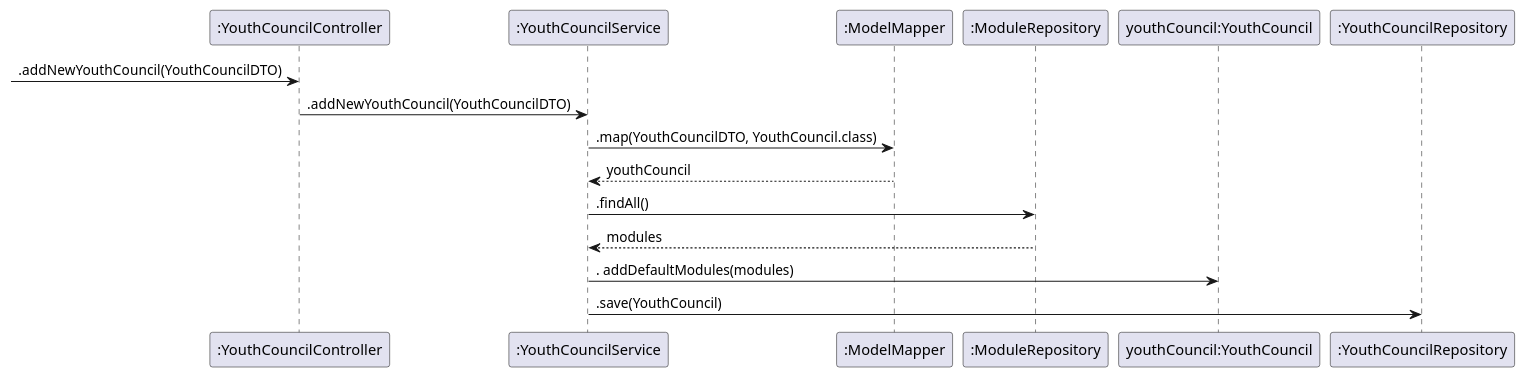
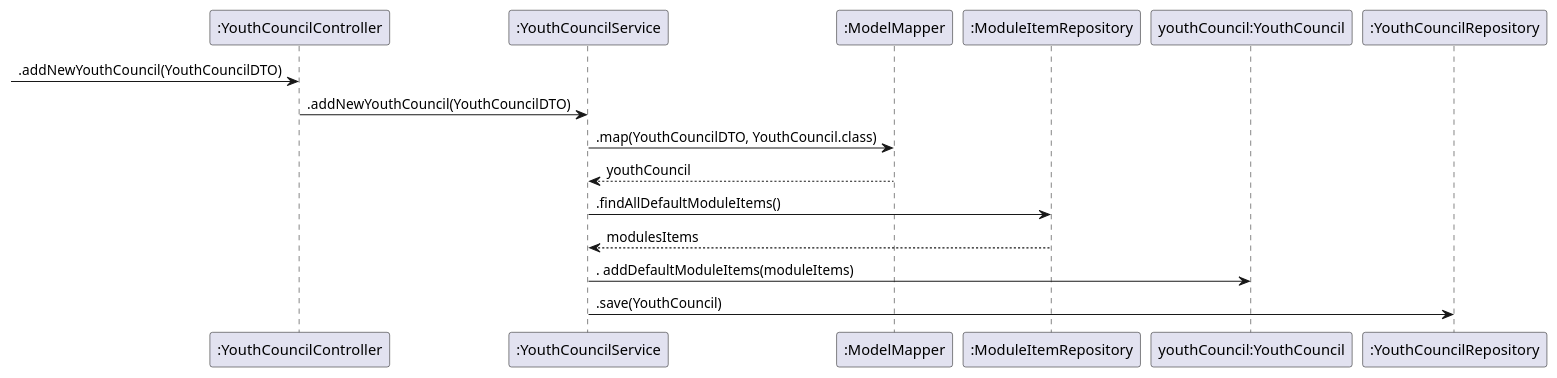
One commit to MocanuPaulC/youthcouncil changed the diagram in design/sequence-diagram-usr-str-26.puml. Above: the diagram before and after it, drawn with PlantUML. The commit also changed 5 other files, not shown here.

Commit message:
Diagrams update after talk with Lars

```diff
--- a/design/sequence-diagram-usr-str-26.puml
+++ b/design/sequence-diagram-usr-str-26.puml
@@ -1,20 +1,20 @@
 @startuml
 
 participant ":YouthCouncilController" as YouthCouncilController
 participant ":YouthCouncilService" as YouthCouncilService
 participant ":ModelMapper" as ModelMapper
-participant ":ModuleRepository" as ModuleRepository
+participant ":ModuleItemRepository" as ModuleItemRepository
 participant "youthCouncil:YouthCouncil" as youthCouncil
 participant ":YouthCouncilRepository" as YouthCouncilRepository
 
 ->YouthCouncilController : .addNewYouthCouncil(YouthCouncilDTO)
 YouthCouncilController->YouthCouncilService : .addNewYouthCouncil(YouthCouncilDTO)
 YouthCouncilService->ModelMapper : .map(YouthCouncilDTO, YouthCouncil.class)
 YouthCouncilService<--ModelMapper : youthCouncil
-YouthCouncilService-> ModuleRepository : .findAll()
-YouthCouncilService<--ModuleRepository : modules
-YouthCouncilService-> youthCouncil: . addDefaultModules(modules)
+YouthCouncilService-> ModuleItemRepository : .findAllDefaultModuleItems()
+YouthCouncilService<--ModuleItemRepository : modulesItems
+YouthCouncilService-> youthCouncil: . addDefaultModuleItems(moduleItems)
 YouthCouncilService->YouthCouncilRepository : .save(YouthCouncil)
 
 
 @enduml
```
